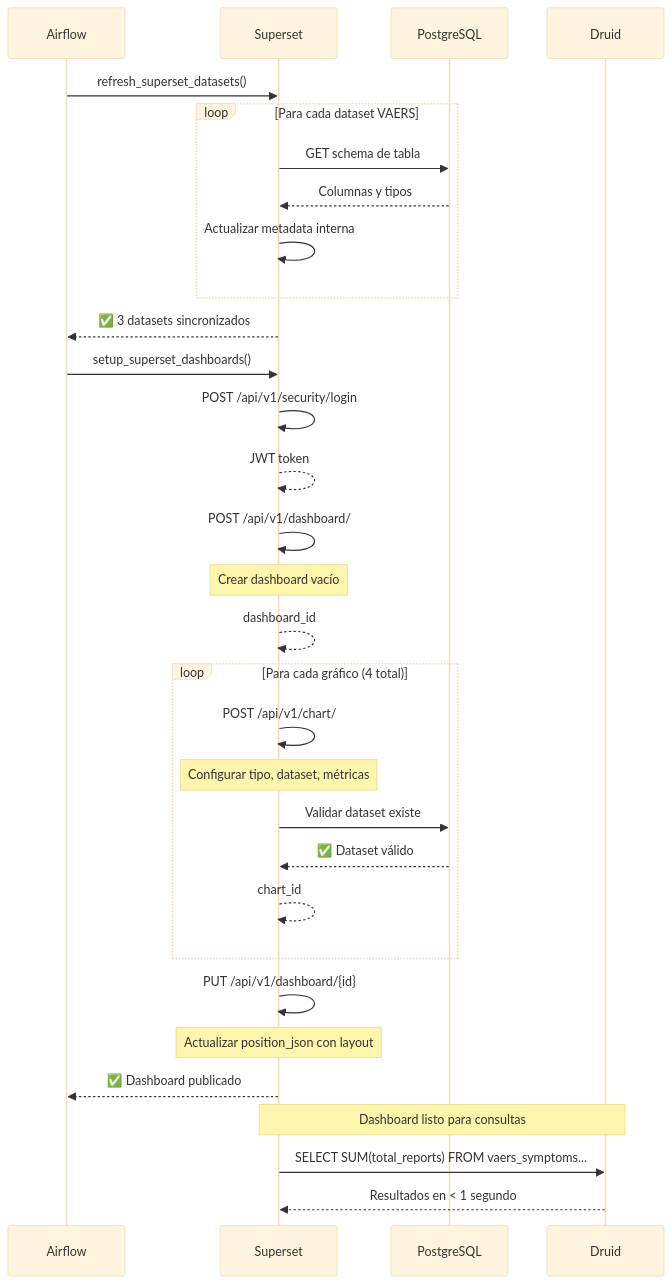
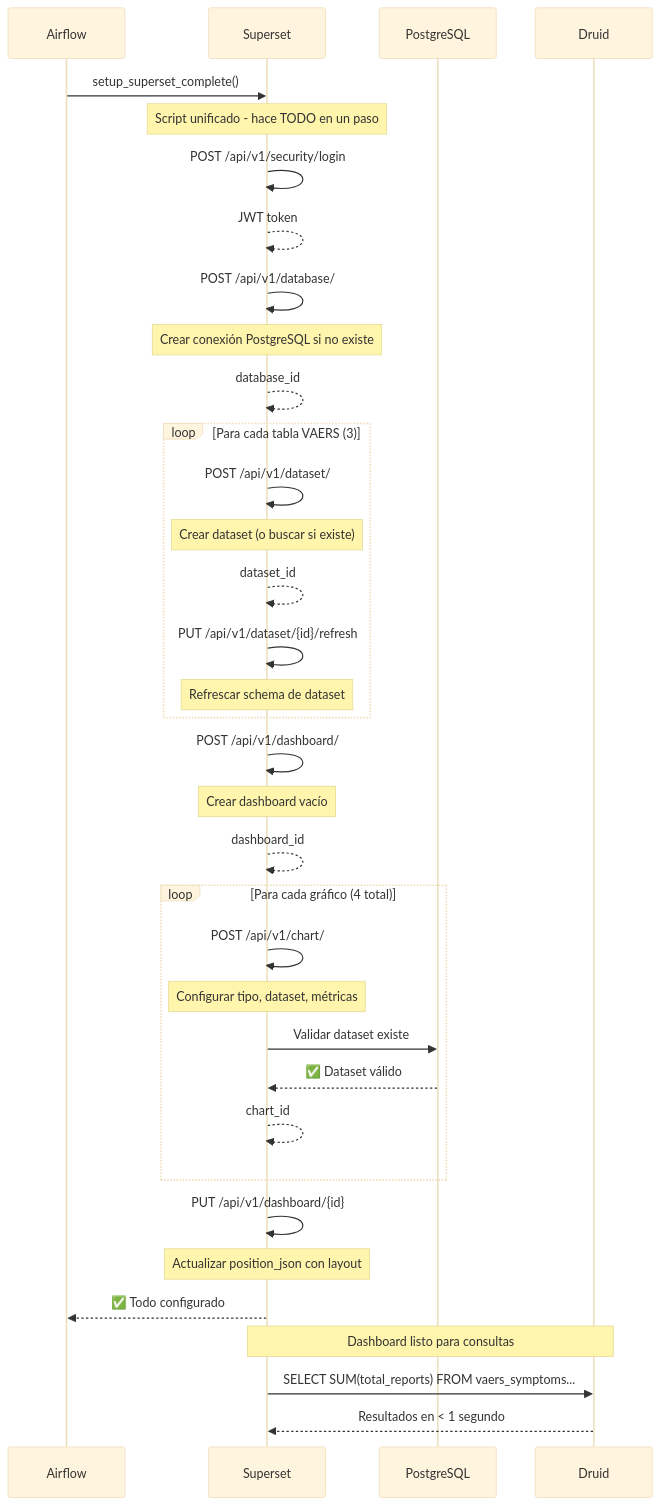
The seventh of 7 diagrams in README.md (valeriach30/adverse-effects-covid), drawn with Mermaid (base theme) before and after one commit. The commit also changed other lines of this file and 6 other files, not shown here.

First line of the commit message:
refactor: Simplify Superset setup to single unified script

````diff
--- a/README.md
+++ b/README.md
@@ -851,43 +849,47 @@
 ```mermaid
 sequenceDiagram
     participant Airflow
     participant Superset
     participant PostgreSQL
     participant Druid
 
-    Airflow->>Superset: refresh_superset_datasets()
-
-    loop Para cada dataset VAERS
-        Superset->>PostgreSQL: GET schema de tabla
-        PostgreSQL-->>Superset: Columnas y tipos
-        Superset->>Superset: Actualizar metadata interna
-    end
-
-    Superset-->>Airflow: ✅ 3 datasets sincronizados
-
-    Airflow->>Superset: setup_superset_dashboards()
+    Airflow->>Superset: setup_superset_complete()
+    Note over Superset: Script unificado - hace TODO en un paso
 
     Superset->>Superset: POST /api/v1/security/login
     Superset-->>Superset: JWT token
+
+    Superset->>Superset: POST /api/v1/database/
+    Note over Superset: Crear conexión PostgreSQL si no existe
+    Superset-->>Superset: database_id
+
+    loop Para cada tabla VAERS (3)
+        Superset->>Superset: POST /api/v1/dataset/
+        Note over Superset: Crear dataset (o buscar si existe)
+        Superset-->>Superset: dataset_id
+        
+        Superset->>Superset: PUT /api/v1/dataset/{id}/refresh
+        Note over Superset: Refrescar schema de dataset
+    end
 
     Superset->>Superset: POST /api/v1/dashboard/
     Note over Superset: Crear dashboard vacío
     Superset-->>Superset: dashboard_id
 
     loop Para cada gráfico (4 total)
         Superset->>Superset: POST /api/v1/chart/
         Note over Superset: Configurar tipo, dataset, métricas
         Superset->>PostgreSQL: Validar dataset existe
         PostgreSQL-->>Superset: ✅ Dataset válido
         Superset-->>Superset: chart_id
     end
 
     Superset->>Superset: PUT /api/v1/dashboard/{id}
     Note over Superset: Actualizar position_json con layout
 
-    Superset-->>Airflow: ✅ Dashboard publicado
+    Superset-->>Airflow: ✅ Todo configurado
 
     Note over Superset,Druid: Dashboard listo para consultas
     Superset->>Druid: SELECT SUM(total_reports) FROM vaers_symptoms...
     Druid-->>Superset: Resultados en < 1 segundo
 ```
````
